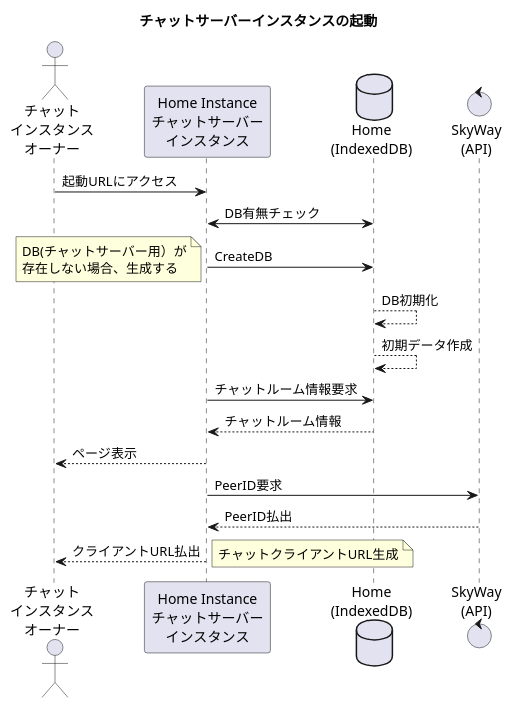
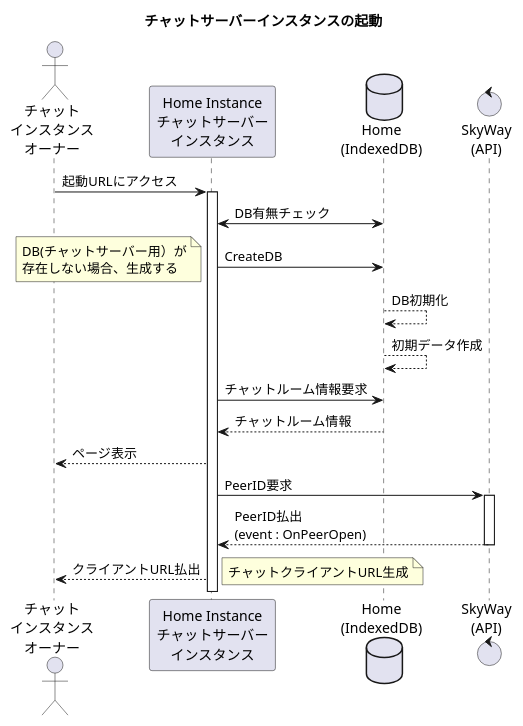
The diagram in doc/boot_HomeInstance.pu (iwatendo/skybeje), drawn with PlantUML before and after one commit. The commit also changed 4 other files, not shown here.

Commit message:
チャット部分 及び 終了処理のシーケンス図を追加

```diff
--- a/doc/boot_HomeInstance.pu
+++ b/doc/boot_HomeInstance.pu
@@ -1,25 +1,28 @@
 @startuml
 
 actor       "チャット\nインスタンス\nオーナー" as User_ChatOwner
 participant "Home Instance\nチャットサーバー\nインスタンス" as HomeInstance
 database    "Home\n(IndexedDB)" as IndexedDB_Home
 control     "SkyWay\n(API)" as SkyWay
 
 title チャットサーバーインスタンスの起動
 User_ChatOwner   -> HomeInstance    : 起動URLにアクセス
+activate HomeInstance
 HomeInstance    <-> IndexedDB_Home  : DB有無チェック
 HomeInstance     -> IndexedDB_Home  : CreateDB
 note left : DB(チャットサーバー用）が\n存在しない場合、生成する
 
 IndexedDB_Home  --> IndexedDB_Home  : DB初期化
 IndexedDB_Home  --> IndexedDB_Home  : 初期データ作成
 HomeInstance     -> IndexedDB_Home  : チャットルーム情報要求
 HomeInstance    <-- IndexedDB_Home  : チャットルーム情報
 User_ChatOwner  <-- HomeInstance    : ページ表示
+HomeInstance     -> SkyWay          : PeerID要求
+activate SkyWay
+HomeInstance    <-- SkyWay          : PeerID払出\n(event : OnPeerOpen)
+deactivate SkyWay 
 
-HomeInstance     -> SkyWay          : PeerID要求
-HomeInstance    <-- SkyWay          : PeerID払出
 User_ChatOwner  <-- HomeInstance    : クライアントURL払出
 note right : チャットクライアントURL生成
 
 @enduml
```
